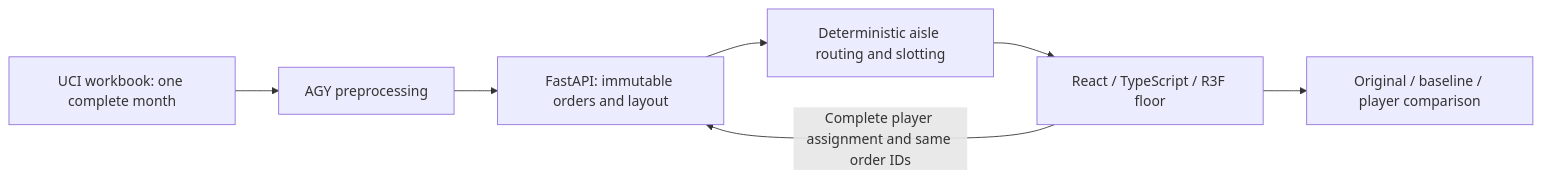
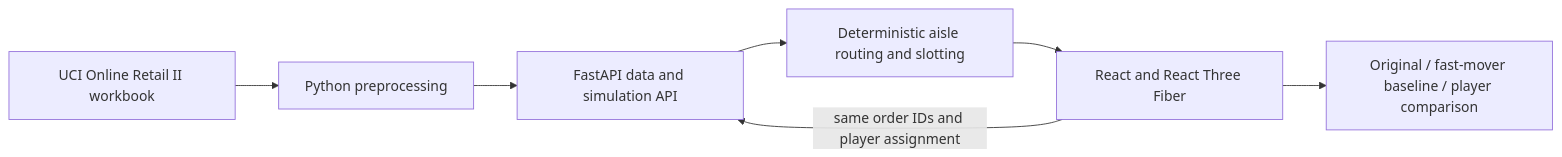
One commit to Sanjith-Jam/warehouse-intelligence-twin changed the diagram in README.md. Above: the diagram before and after it, drawn with Mermaid. The commit also changed other lines of this file and 11 other files, not shown here.

````diff
--- a/README.md
+++ b/README.md
@@ -52,9 +20,9 @@
 ```mermaid
 flowchart LR
-  UCI[UCI workbook: one complete month] --> ETL[AGY preprocessing]
-  ETL --> API[FastAPI: immutable orders and layout]
-  API --> SIM[Deterministic aisle routing and slotting]
-  SIM --> UI[React / TypeScript / R3F floor]
-  UI -->|Complete player assignment and same order IDs| API
-  UI --> COMP[Original / baseline / player comparison]
+  UCI[UCI Online Retail II workbook] --> ETL[Python preprocessing]
+  ETL --> API[FastAPI data and simulation API]
+  API --> ROUTE[Deterministic aisle routing and slotting]
+  ROUTE --> UI[React and React Three Fiber]
+  UI -->|same order IDs and player assignment| API
+  UI --> COMP[Original / fast-mover baseline / player comparison]
 ```
````
